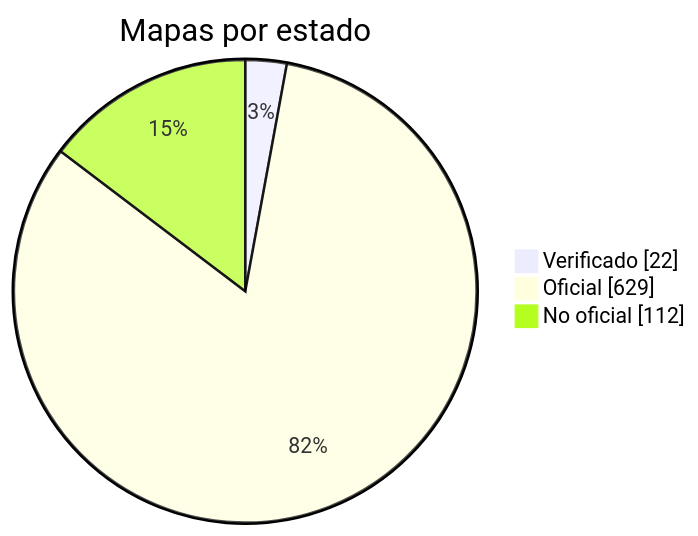
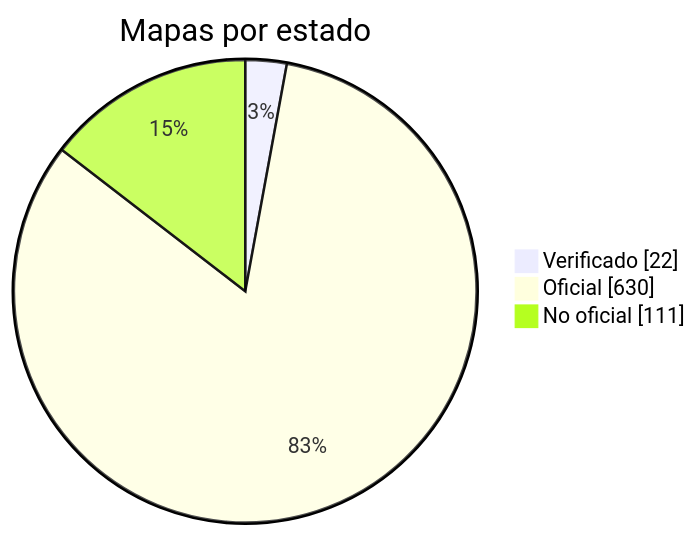
The diagram in docs/readme/README_ES.md (nobrega8/mbmap-library), drawn with Mermaid before and after one commit. The commit also changed 6 other files, not shown here.

````diff
--- a/docs/readme/README_ES.md
+++ b/docs/readme/README_ES.md
@@ -54,7 +54,7 @@
 ```mermaid
 pie showData
     title Mapas por estado
     "Verificado" : 22
-    "Oficial" : 629
-    "No oficial" : 112
+    "Oficial" : 630
+    "No oficial" : 111
 ```
````
